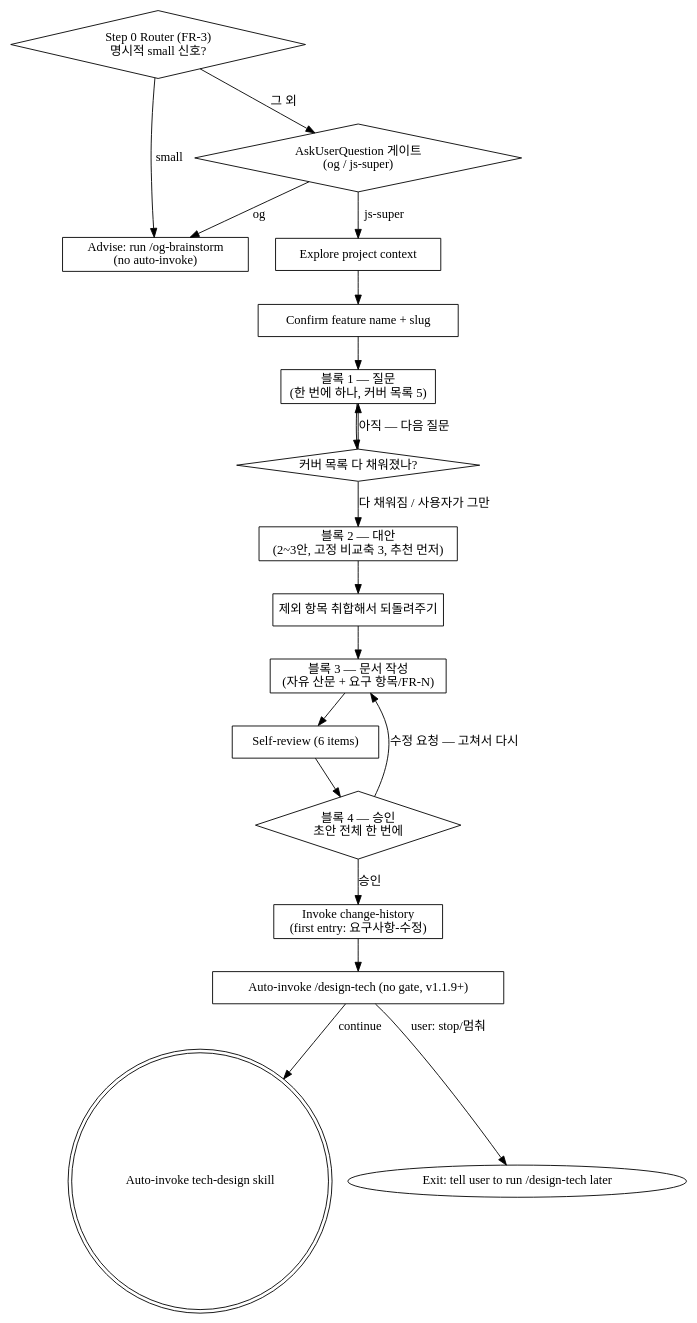
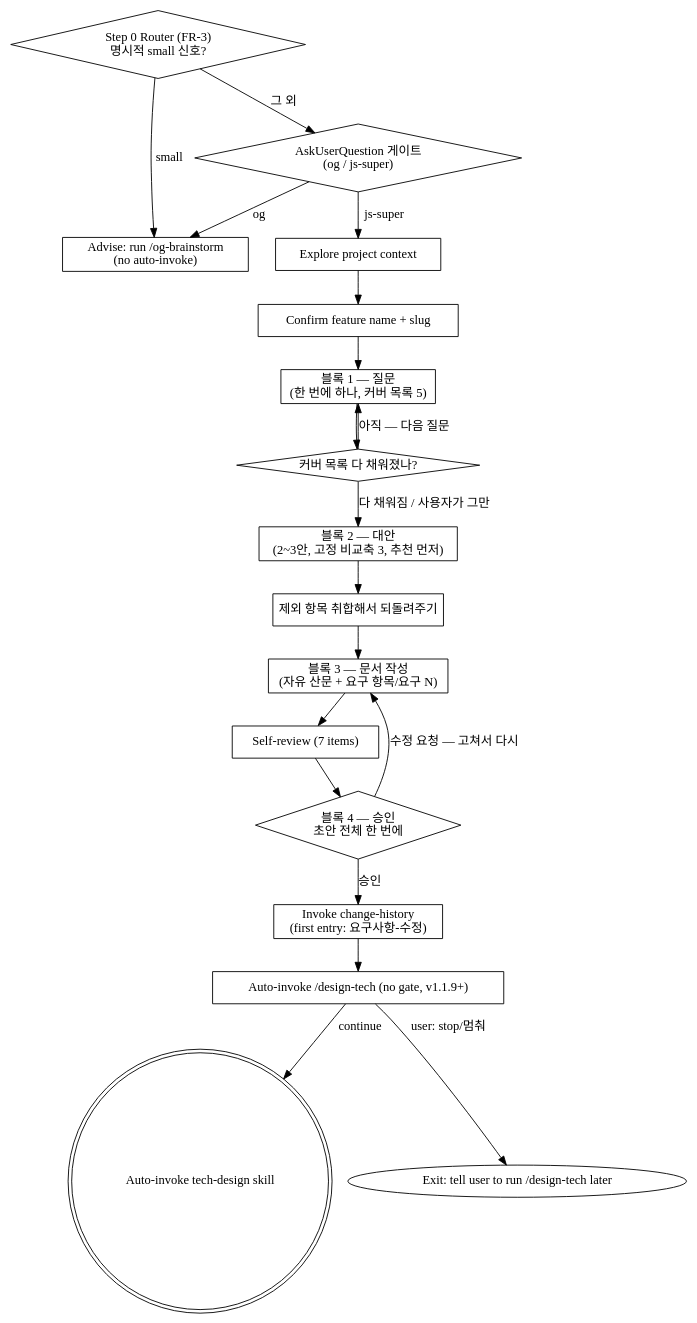
The diagram in skills/brainstorming/SKILL.md (LonerStayle/js-super), drawn with Graphviz before and after one commit. The commit also changed other lines of this file, not shown here.

````diff
--- a/skills/brainstorming/SKILL.md
+++ b/skills/brainstorming/SKILL.md
@@ -129,43 +143,43 @@
 ```dot
 digraph brainstorm_flow {
     "Step 0 Router (FR-3)\n명시적 small 신호?" [shape=diamond];
     "Advise: run /og-brainstorm\n(no auto-invoke)" [shape=box];
     "AskUserQuestion 게이트\n(og / js-super)" [shape=diamond];
     "Explore project context" [shape=box];
     "Confirm feature name + slug" [shape=box];
 
     "블록 1 — 질문\n(한 번에 하나, 커버 목록 5)" [shape=box];
     "커버 목록 다 채워졌나?" [shape=diamond];
     "블록 2 — 대안\n(2~3안, 고정 비교축 3, 추천 먼저)" [shape=box];
-    "블록 3 — 문서 작성\n(자유 산문 + 요구 항목/FR-N)" [shape=box];
+    "블록 3 — 문서 작성\n(자유 산문 + 요구 항목/요구 N)" [shape=box];
     "제외 항목 취합해서 되돌려주기" [shape=box];
 
-    "Self-review (6 items)" [shape=box];
+    "Self-review (7 items)" [shape=box];
     "블록 4 — 승인\n초안 전체 한 번에" [shape=diamond];
     "Invoke change-history\n(first entry: 요구사항-수정)" [shape=box];
     "Auto-invoke /design-tech (no gate, v1.1.9+)" [shape=box];
     "Auto-invoke tech-design skill" [shape=doublecircle];
     "Exit: tell user to run /design-tech later" [shape=oval];
 
     "Step 0 Router (FR-3)\n명시적 small 신호?" -> "Advise: run /og-brainstorm\n(no auto-invoke)" [label="small"];
     "Step 0 Router (FR-3)\n명시적 small 신호?" -> "AskUserQuestion 게이트\n(og / js-super)" [label="그 외"];
     "AskUserQuestion 게이트\n(og / js-super)" -> "Advise: run /og-brainstorm\n(no auto-invoke)" [label="og"];
     "AskUserQuestion 게이트\n(og / js-super)" -> "Explore project context" [label="js-super"];
     "Explore project context" -> "Confirm feature name + slug";
     "Confirm feature name + slug" -> "블록 1 — 질문\n(한 번에 하나, 커버 목록 5)";
 
     "블록 1 — 질문\n(한 번에 하나, 커버 목록 5)" -> "커버 목록 다 채워졌나?";
     "커버 목록 다 채워졌나?" -> "블록 1 — 질문\n(한 번에 하나, 커버 목록 5)" [label="아직 — 다음 질문"];
     "커버 목록 다 채워졌나?" -> "블록 2 — 대안\n(2~3안, 고정 비교축 3, 추천 먼저)" [label="다 채워짐 / 사용자가 그만"];
     "블록 2 — 대안\n(2~3안, 고정 비교축 3, 추천 먼저)" -> "제외 항목 취합해서 되돌려주기";
-    "제외 항목 취합해서 되돌려주기" -> "블록 3 — 문서 작성\n(자유 산문 + 요구 항목/FR-N)";
-    "블록 3 — 문서 작성\n(자유 산문 + 요구 항목/FR-N)" -> "Self-review (6 items)";
-    "Self-review (6 items)" -> "블록 4 — 승인\n초안 전체 한 번에";
+    "제외 항목 취합해서 되돌려주기" -> "블록 3 — 문서 작성\n(자유 산문 + 요구 항목/요구 N)";
+    "블록 3 — 문서 작성\n(자유 산문 + 요구 항목/요구 N)" -> "Self-review (7 items)";
+    "Self-review (7 items)" -> "블록 4 — 승인\n초안 전체 한 번에";
 
-    "블록 4 — 승인\n초안 전체 한 번에" -> "블록 3 — 문서 작성\n(자유 산문 + 요구 항목/FR-N)" [label="수정 요청 — 고쳐서 다시"];
+    "블록 4 — 승인\n초안 전체 한 번에" -> "블록 3 — 문서 작성\n(자유 산문 + 요구 항목/요구 N)" [label="수정 요청 — 고쳐서 다시"];
     "블록 4 — 승인\n초안 전체 한 번에" -> "Invoke change-history\n(first entry: 요구사항-수정)" [label="승인"];
     "Invoke change-history\n(first entry: 요구사항-수정)" -> "Auto-invoke /design-tech (no gate, v1.1.9+)";
     "Auto-invoke /design-tech (no gate, v1.1.9+)" -> "Auto-invoke tech-design skill" [label="continue"];
     "Auto-invoke /design-tech (no gate, v1.1.9+)" -> "Exit: tell user to run /design-tech later" [label="user: stop/멈춰"];
 }
 ```
````
